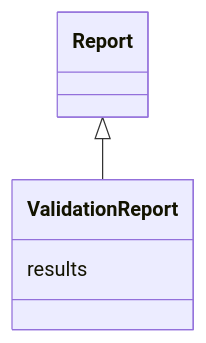
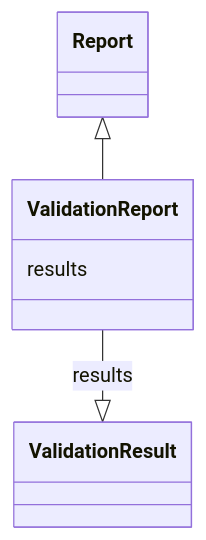
Before and after one commit to cthoyt/ontology-access-kit: the diagram in validation/ValidationReport.md, drawn with Mermaid. The commit also changed other lines of this file and 3287 other files, not shown here.

````diff
--- a/validation/ValidationReport.md
+++ b/validation/ValidationReport.md
@@ -11,8 +14,11 @@
 ```{mermaid}
  classDiagram
     class ValidationReport
       Report <|-- ValidationReport
       
       ValidationReport : results
+        
+          ValidationReport --|> ValidationResult : results
+        
       
 ```
````
